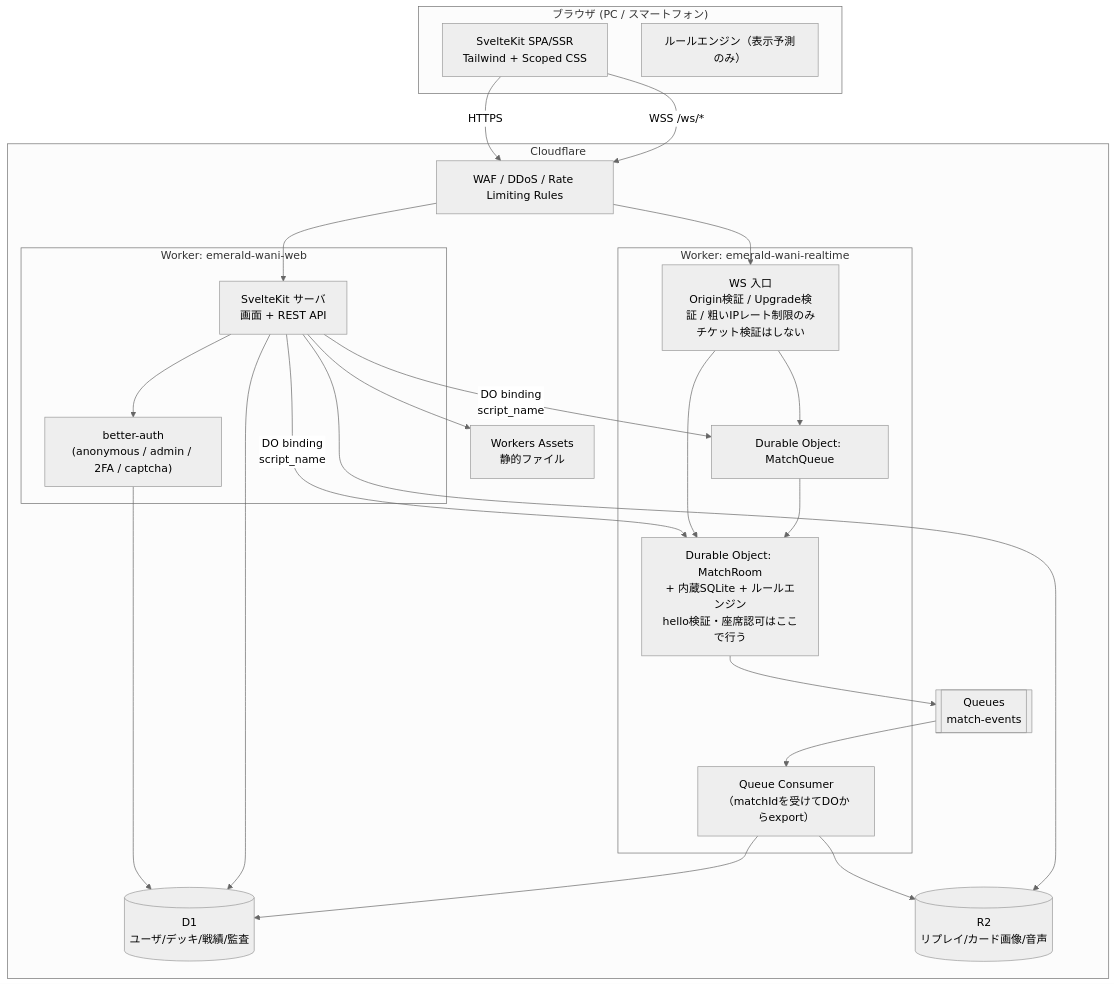
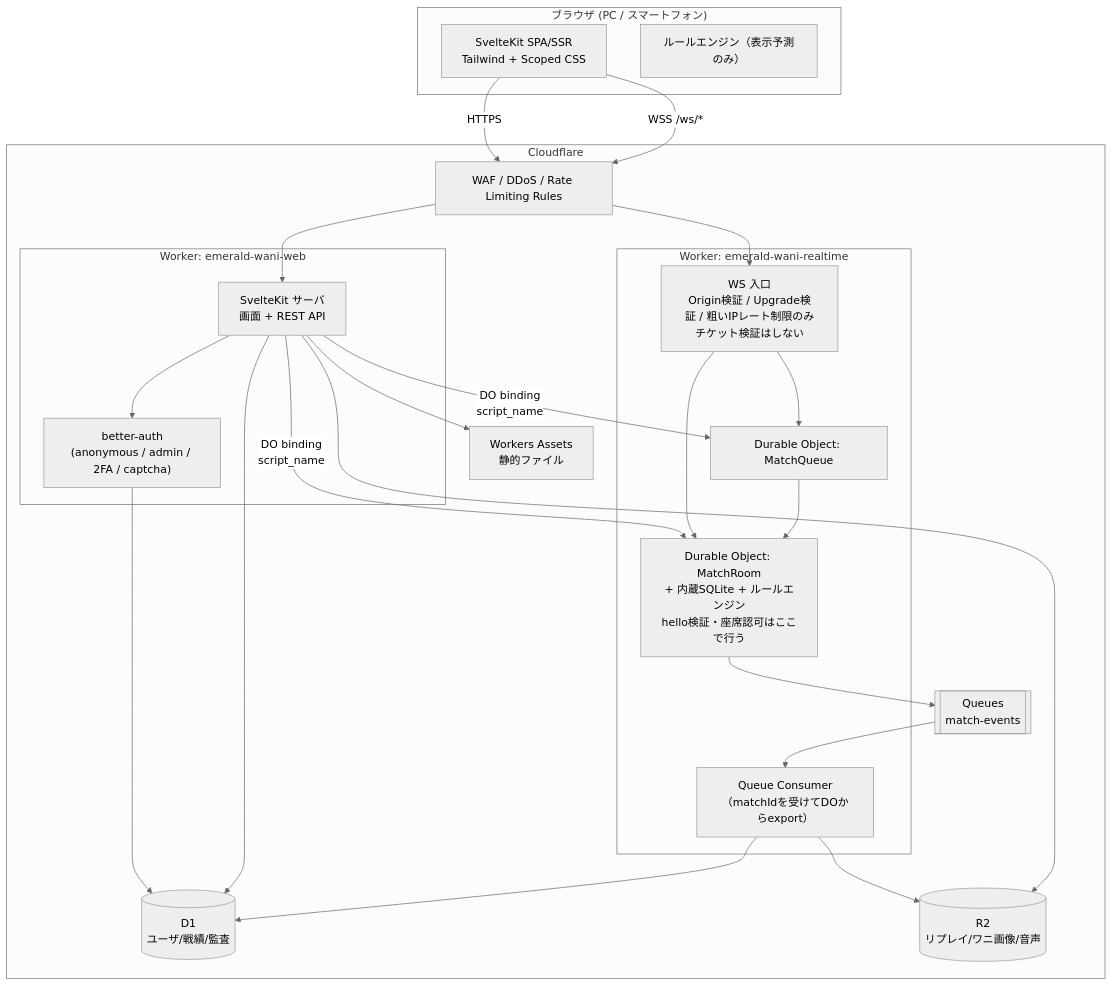
Before and after one commit to ukihot/emerald-wani: the first of 2 diagrams in doc/designs/02-architecture.md, drawn with Mermaid (neutral theme). The commit also changed other lines of this file and 38 other files, not shown here.

````diff
--- a/doc/designs/02-architecture.md
+++ b/doc/designs/02-architecture.md
@@ -7,42 +7,42 @@
 ```mermaid
 flowchart TB
     subgraph Client["ブラウザ (PC / スマートフォン)"]
         UI["SvelteKit SPA/SSR<br/>Tailwind + Scoped CSS"]
         RE1["ルールエンジン（表示予測のみ）"]
     end
 
     subgraph CF["Cloudflare"]
         WAF["WAF / DDoS / Rate Limiting Rules"]
 
         subgraph W1["Worker: emerald-wani-web"]
             SK["SvelteKit サーバ<br/>画面 + REST API"]
             AUTH["better-auth<br/>(anonymous / admin / 2FA / captcha)"]
         end
 
         subgraph W2["Worker: emerald-wani-realtime"]
             RT["WS 入口<br/>Origin検証 / Upgrade検証 / 粗いIPレート制限のみ<br/>チケット検証はしない"]
             MR["Durable Object: MatchRoom<br/>+ 内蔵SQLite + ルールエンジン<br/>hello検証・座席認可はここで行う"]
             MQ["Durable Object: MatchQueue"]
             QC["Queue Consumer<br/>（matchIdを受けてDOからexport）"]
         end
 
-        D1[("D1<br/>ユーザ/デッキ/戦績/監査")]
-        R2[("R2<br/>リプレイ/カード画像/音声")]
+        D1[("D1<br/>ユーザ/戦績/監査")]
+        R2[("R2<br/>リプレイ/ワニ画像/音声")]
         Q[["Queues<br/>match-events"]]
         ASSETS["Workers Assets<br/>静的ファイル"]
     end
 
     UI -->|HTTPS| WAF --> SK
     UI -->|WSS /ws/*| WAF --> RT
     SK --> AUTH --> D1
     SK --> D1
     SK -->|DO binding<br/>script_name| MQ
     SK -->|DO binding<br/>script_name| MR
     RT --> MR
     RT --> MQ
     MQ --> MR
     MR --> Q --> QC --> D1
     QC --> R2
     SK --> R2
     SK --> ASSETS
 ```
````
